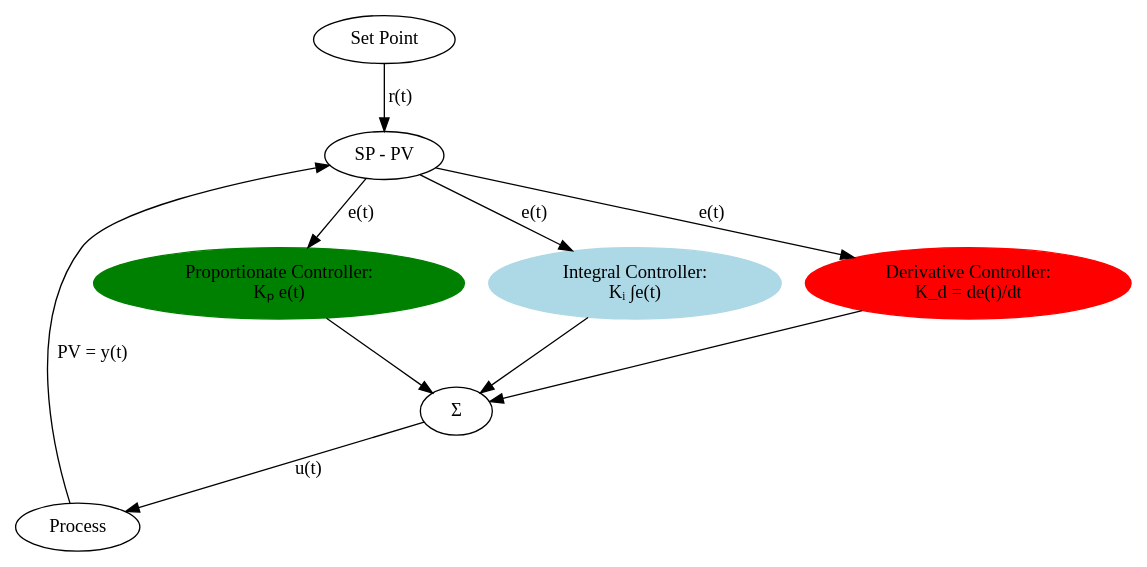
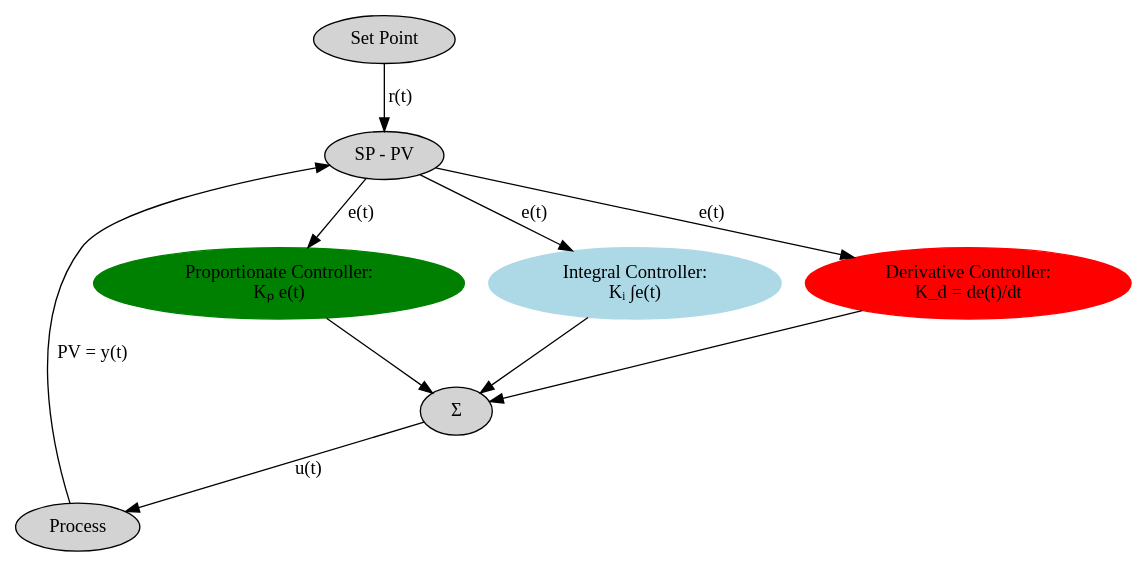
The diagram in pid-dotfiles/pid-controller.dot (brain-fuel-co/feedback), drawn with Graphviz before and after one commit. The commit also changed 5 other files, not shown here.

```diff
--- a/pid-dotfiles/pid-controller.dot
+++ b/pid-dotfiles/pid-controller.dot
@@ -1,19 +1,20 @@
 digraph PID {
+    node [style=filled];
     SP [label="Set Point"];
     PR [label="Process"];
     S1 [label="SP - PV"];
-    P  [style=filled,color=green,label="Proportionate Controller:\nKₚ e(t)"];
-    I  [style=filled,color=lightblue,label="Integral Controller:\nKᵢ ∫e(t)"];
-    D  [style=filled,color=red,label="Derivative Controller:\nK_d = de(t)/dt"];
+    P  [color=green,label="Proportionate Controller:\nKₚ e(t)"];
+    I  [color=lightblue,label="Integral Controller:\nKᵢ ∫e(t)"];
+    D  [color=red,label="Derivative Controller:\nK_d = de(t)/dt"];
     S2 [label="Σ"];
 
     SP -> S1 [label="r(t)"];
     PR -> S1 [label="PV = y(t)"];
     S1 -> P  [label="e(t)"];
     S1 -> I  [label="e(t)"];
     S1 -> D  [label="e(t)"];
     P  -> S2;
     I  -> S2;
     D  -> S2;
     S2 -> PR [label="u(t)"];
 }
```
